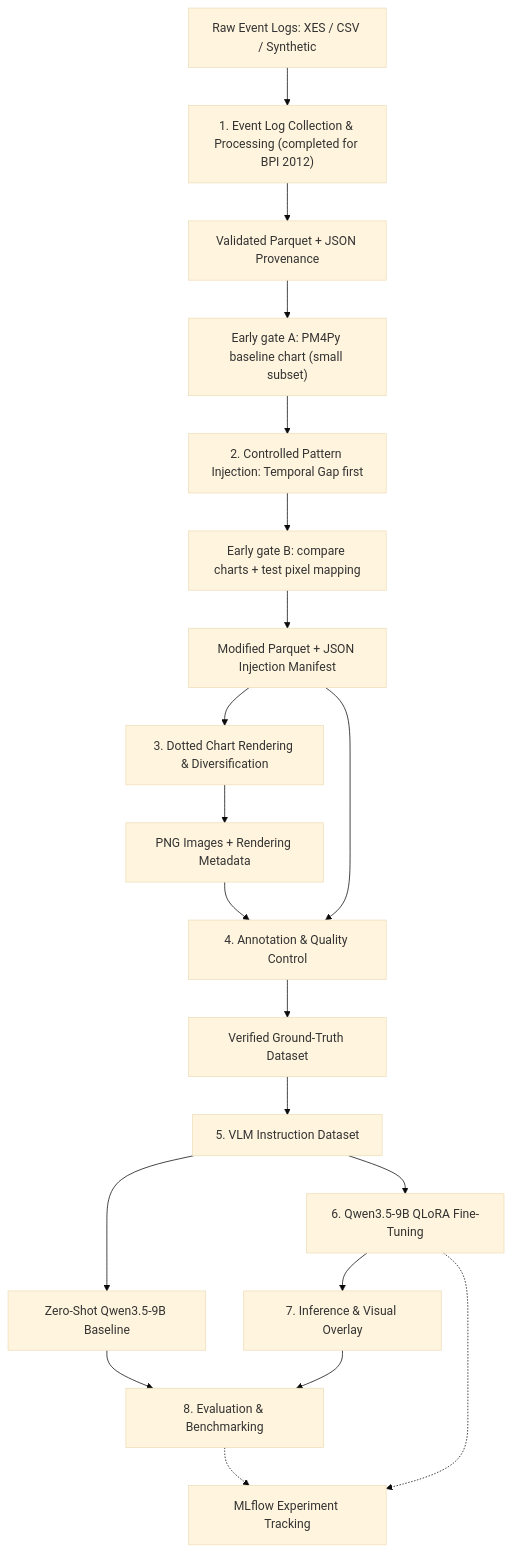
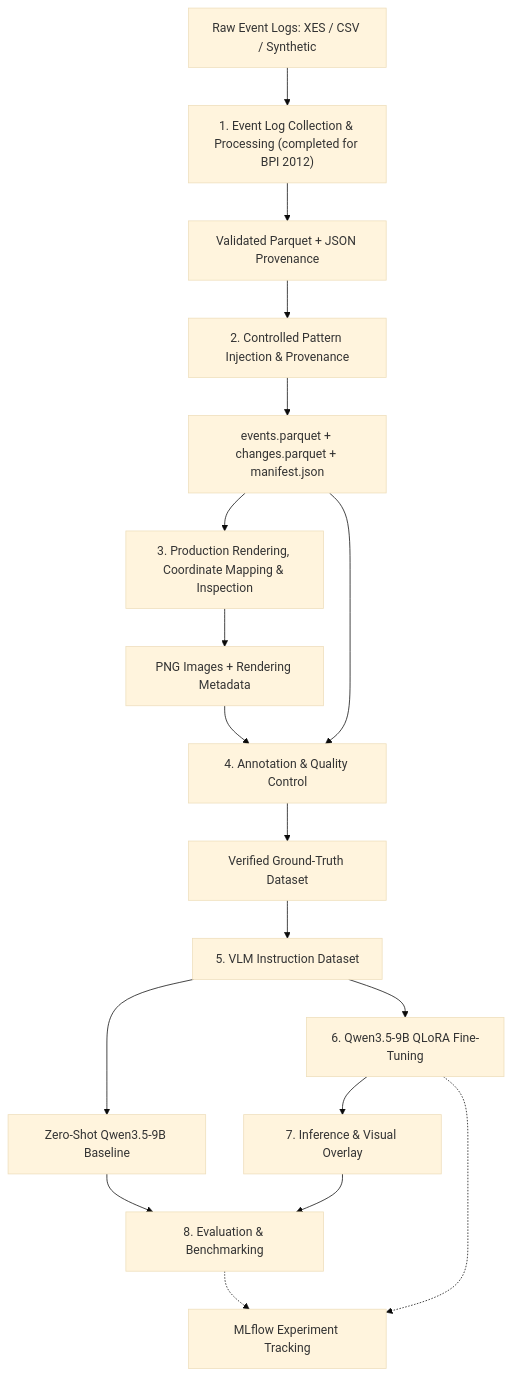
One commit to MyyKii/vlm-for-dotted-charts changed the diagram in docs/blueprint.md. Above: the diagram before and after it, drawn with Mermaid (base theme). The commit also changed other lines of this file and 25 other files, not shown here.

Commit message:
feat(data): add controlled pattern injection with traceable ground truth

````diff
--- a/docs/blueprint.md
+++ b/docs/blueprint.md
@@ -127,22 +127,20 @@
 ```mermaid
 flowchart TD
     A["Raw Event Logs: XES / CSV / Synthetic"] --> B["1. Event Log Collection & Processing (completed for BPI 2012)"]
     B --> C["Validated Parquet + JSON Provenance"]
-    C --> P["Early gate A: PM4Py baseline chart (small subset)"]
-    P --> D["2. Controlled Pattern Injection: Temporal Gap first"]
-    D --> Q["Early gate B: compare charts + test pixel mapping"]
-    Q --> E["Modified Parquet + JSON Injection Manifest"]
-    E --> F["3. Dotted Chart Rendering & Diversification"]
+    C --> D["2. Controlled Pattern Injection & Provenance"]
+    D --> E["events.parquet + changes.parquet + manifest.json"]
+    E --> F["3. Production Rendering, Coordinate Mapping & Inspection"]
     F --> G["PNG Images + Rendering Metadata"]
     G --> H["4. Annotation & Quality Control"]
     E --> H
     H --> I["Verified Ground-Truth Dataset"]
     I --> J["5. VLM Instruction Dataset"]
     J --> K["Zero-Shot Qwen3.5-9B Baseline"]
     J --> L["6. Qwen3.5-9B QLoRA Fine-Tuning"]
     L --> M["7. Inference & Visual Overlay"]
     K --> N["8. Evaluation & Benchmarking"]
     M --> N
     L -.-> O["MLflow Experiment Tracking"]
     N -.-> O
 ```
````
